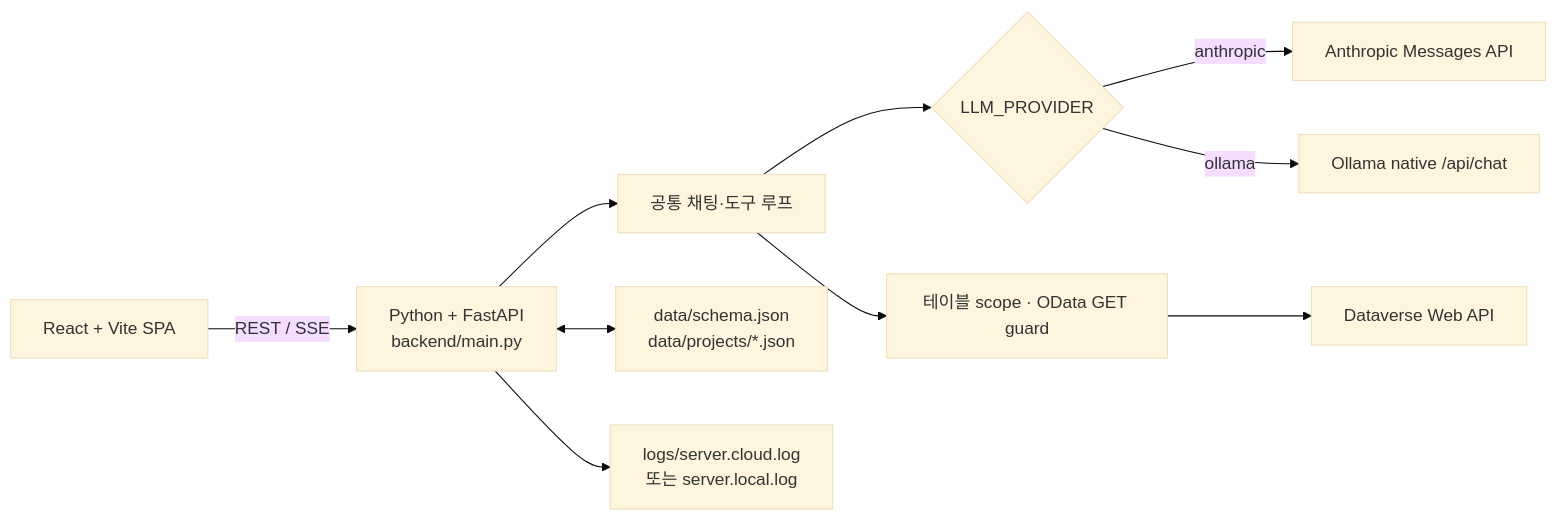
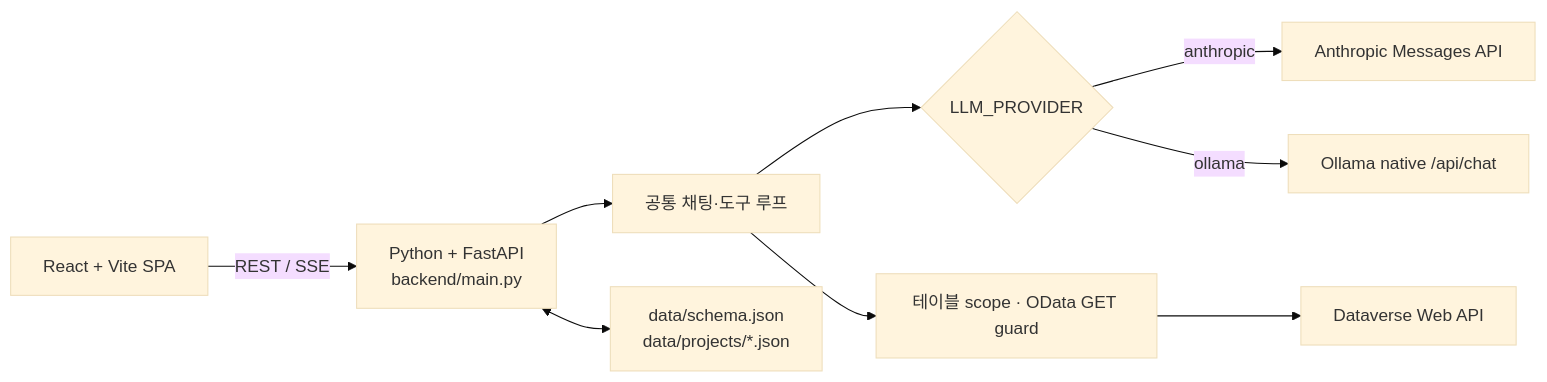
The diagram in README.md (hansu0317/cloud-mcp-azure), drawn with Mermaid (base theme) before and after one commit. The commit also changed other lines of this file and 18 other files, not shown here.

````diff
--- a/README.md
+++ b/README.md
@@ -17,12 +9,11 @@
 ```mermaid
 flowchart LR
     UI["React + Vite SPA"] -->|"REST / SSE"| API["Python + FastAPI<br/>backend/main.py"]
     API --> CHAT["공통 채팅·도구 루프"]
     CHAT --> ADAPTER{"LLM_PROVIDER"}
     ADAPTER -->|"anthropic"| AN["Anthropic Messages API"]
     ADAPTER -->|"ollama"| OL["Ollama native /api/chat"]
     CHAT --> GUARD["테이블 scope · OData GET guard"]
     GUARD --> DV["Dataverse Web API"]
     API <--> DATA["data/schema.json<br/>data/projects/*.json"]
-    API --> LOG["logs/server.cloud.log<br/>또는 server.local.log"]
 ```
````
